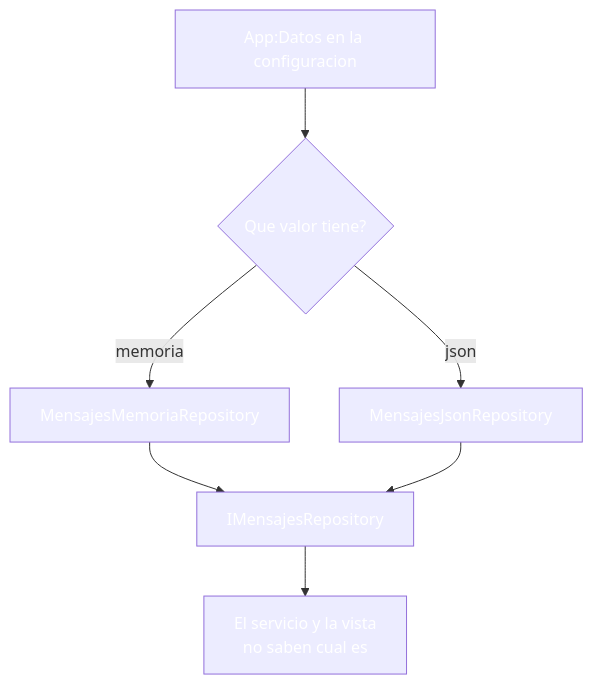
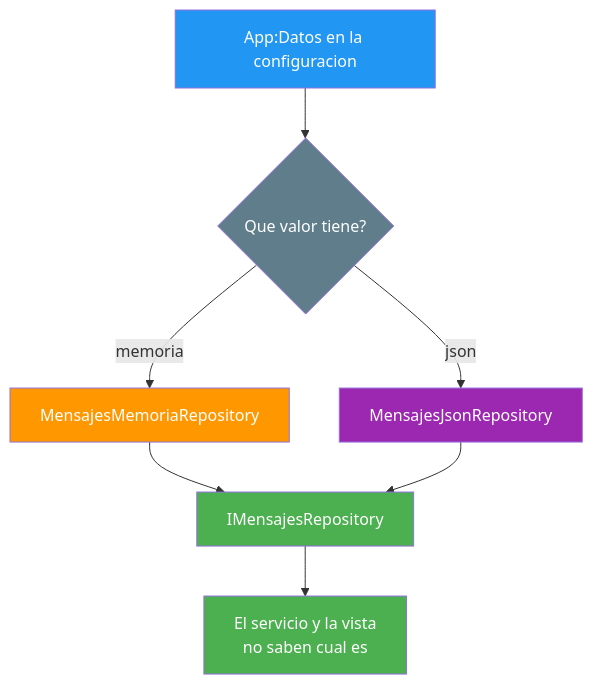
The fifth of 7 diagrams in 20-configuracion-entornos.md (joseluisgs/DesarrolloWebEntornosServidor-03-2026-2027), drawn with Mermaid before and after one commit. The commit also changed other lines of this file and 25 other files, not shown here.

Commit message:
docs: corregir los estilos Mermaid de los temas y alinear el dominio del tema 25 con ProductosApp

````diff
--- a/20-configuracion-entornos.md
+++ b/20-configuracion-entornos.md
@@ -355,15 +355,15 @@
 ```mermaid
 graph TD
     C["App:Datos en la configuracion"] --> Q{"Que valor tiene?"}
     Q -->|memoria| M["MensajesMemoriaRepository"]
     Q -->|json| J["MensajesJsonRepository"]
     M --> I["IMensajesRepository"]
     J --> I
     I --> S["El servicio y la vista<br/>no saben cual es"]
-    style C fill:#2196F,color:#fff3,color:#fff
-    style Q fill:#607D8,color:#fffB,color:#fff
-    style M fill:#FF980,color:#fff0,color:#fff
-    style J fill:#9C27B,color:#fff0,color:#fff
-    style I fill:#4CAF5,color:#fff0,color:#fff
-    style S fill:#4CAF5,color:#fff0,color:#fff
+    style C fill:#2196F3,color:#fff
+    style Q fill:#607D8B,color:#fff
+    style M fill:#FF9800,color:#fff
+    style J fill:#9C27B0,color:#fff
+    style I fill:#4CAF50,color:#fff
+    style S fill:#4CAF50,color:#fff
 ```
````
